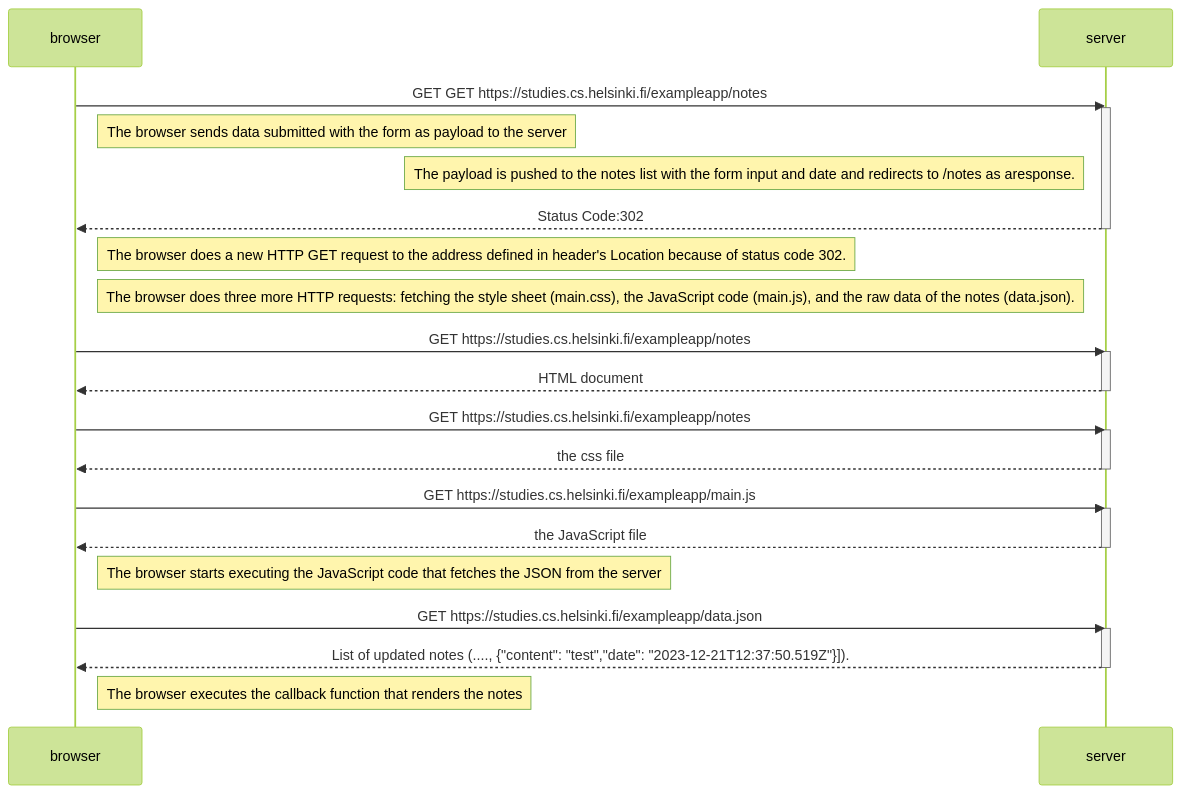
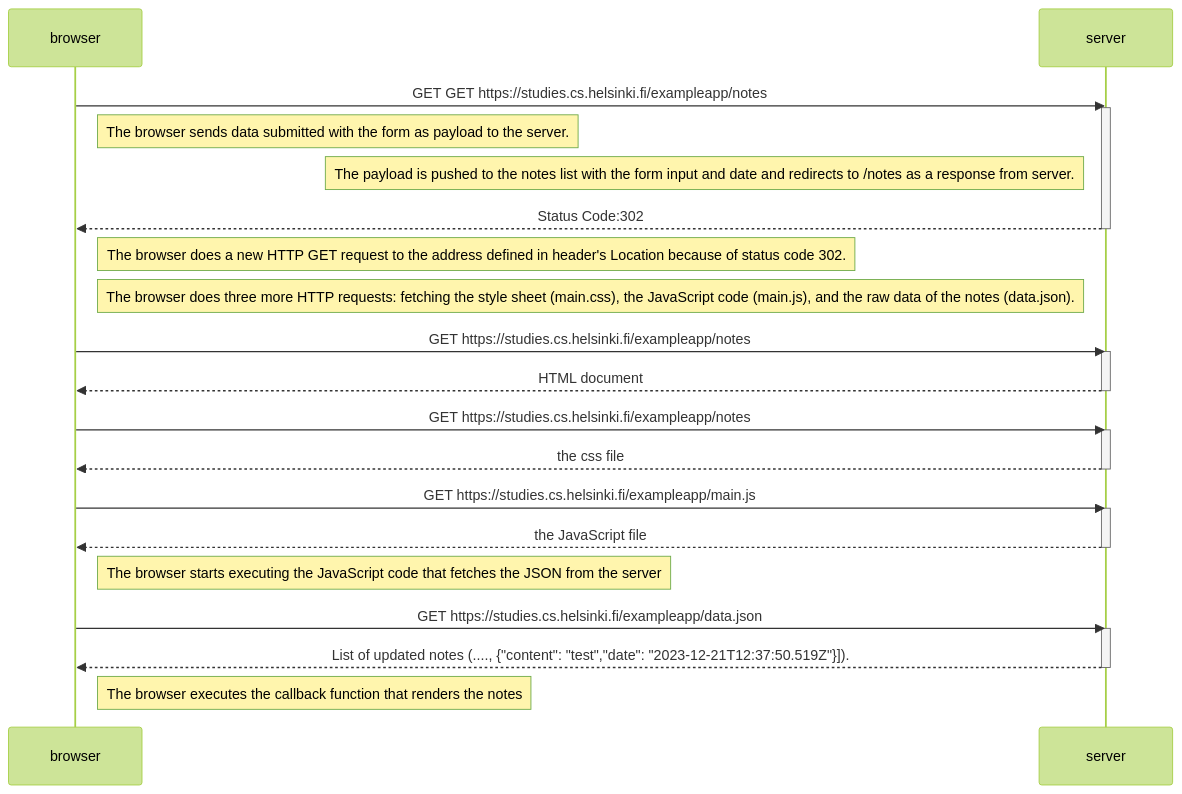
The diagram in part0/New note diagram.md (stha-sulav/Exercises), drawn with Mermaid (forest theme) before and after one commit.

Commit message:
Update New note diagram.md

````diff
--- a/part0/New note diagram.md
+++ b/part0/New note diagram.md
@@ -1,40 +1,40 @@
 ```mermaid
 sequenceDiagram
     participant browser
     participant server
 
     browser->>server: GET GET https://studies.cs.helsinki.fi/exampleapp/notes
     activate server
-    Note right of browser: The browser sends data submitted with the form as payload to the server
-    Note left of server: The payload is pushed to the notes list with the form input and date and redirects to /notes as aresponse.
+    Note right of browser: The browser sends data submitted with the form as payload to the server.
+    Note left of server: The payload is pushed to the notes list with the form input and date and redirects to /notes as a response from server.
     server-->>browser: Status Code:302
     deactivate server
 
     Note right of browser: The browser does a new HTTP GET request to the address defined in header's Location because of status code 302.
     Note right of browser: The browser does three more HTTP requests: fetching the style sheet (main.css), the JavaScript code (main.js), and the raw data of the notes (data.json).
 
     browser->>server: GET https://studies.cs.helsinki.fi/exampleapp/notes
     activate server
     server-->>browser: HTML document
     deactivate server
 
     browser->>server: GET https://studies.cs.helsinki.fi/exampleapp/notes
     activate server
     server-->>browser: the css file
     deactivate server
 
     browser->>server: GET https://studies.cs.helsinki.fi/exampleapp/main.js
     activate server
     server-->>browser: the JavaScript file
     deactivate server
 
     Note right of browser: The browser starts executing the JavaScript code that fetches the JSON from the server
 
     browser->>server: GET https://studies.cs.helsinki.fi/exampleapp/data.json
     activate server
     server-->>browser: List of updated notes (...., {"content": "test","date": "2023-12-21T12:37:50.519Z"}]).
     deactivate server
 
     Note right of browser: The browser executes the callback function that renders the notes
 
 ```
````
